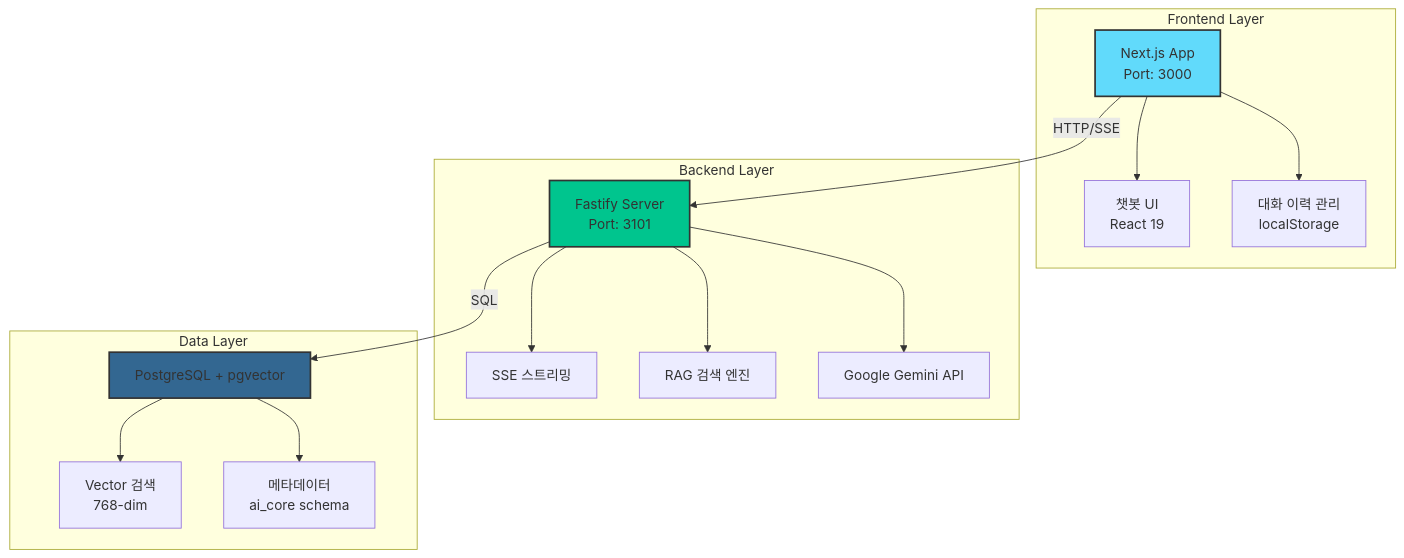
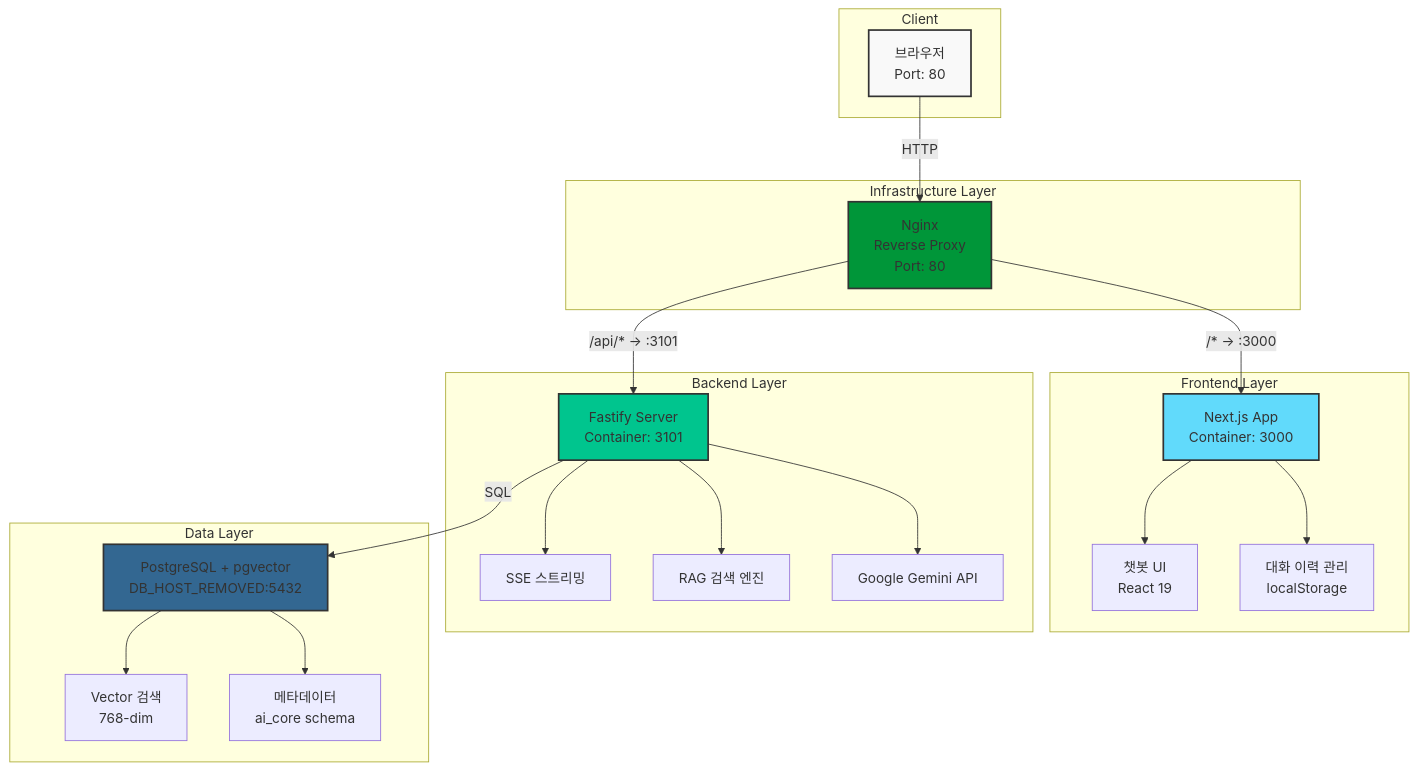
One commit to jdhert/CS-ChatBot changed the first of 3 diagrams in README.md. Above: the diagram before and after it, drawn with Mermaid. The commit also changed other lines of this file and 1 other file, not shown here.

````diff
--- a/README.md
+++ b/README.md
@@ -20,35 +20,47 @@
 ```mermaid
 graph TB
+    subgraph "Client"
+        CLIENT[브라우저<br/>Port: 80]
+    end
+
+    subgraph "Infrastructure Layer"
+        NGINX[Nginx<br/>Reverse Proxy<br/>Port: 80]
+    end
+
     subgraph "Frontend Layer"
-        A[Next.js App<br/>Port: 3000]
+        A[Next.js App<br/>Container: 3000]
         A1[챗봇 UI<br/>React 19]
         A2[대화 이력 관리<br/>localStorage]
     end
 
     subgraph "Backend Layer"
-        B[Fastify Server<br/>Port: 3101]
+        B[Fastify Server<br/>Container: 3101]
         B1[SSE 스트리밍]
         B2[RAG 검색 엔진]
         B3[Google Gemini API]
     end
 
     subgraph "Data Layer"
-        C[PostgreSQL + pgvector]
+        C[PostgreSQL + pgvector<br/>DB_HOST_REMOVED:5432]
         C1[Vector 검색<br/>768-dim]
         C2[메타데이터<br/>ai_core schema]
     end
 
+    CLIENT -->|HTTP| NGINX
+    NGINX -->|/* → :3000| A
+    NGINX -->|/api/* → :3101| B
     A --> A1
     A --> A2
-    A -->|HTTP/SSE| B
     B --> B1
     B --> B2
     B --> B3
     B -->|SQL| C
     C --> C1
     C --> C2
 
+    style CLIENT fill:#f9f9f9,stroke:#333,stroke-width:2px
+    style NGINX fill:#009639,stroke:#333,stroke-width:2px
     style A fill:#61dafb,stroke:#333,stroke-width:2px
     style B fill:#00c58e,stroke:#333,stroke-width:2px
     style C fill:#336791,stroke:#333,stroke-width:2px
 ```
````
